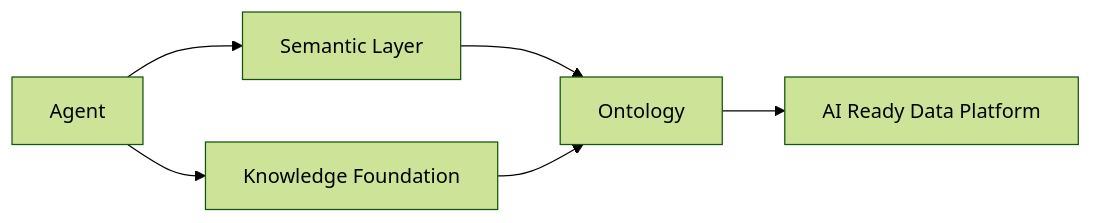
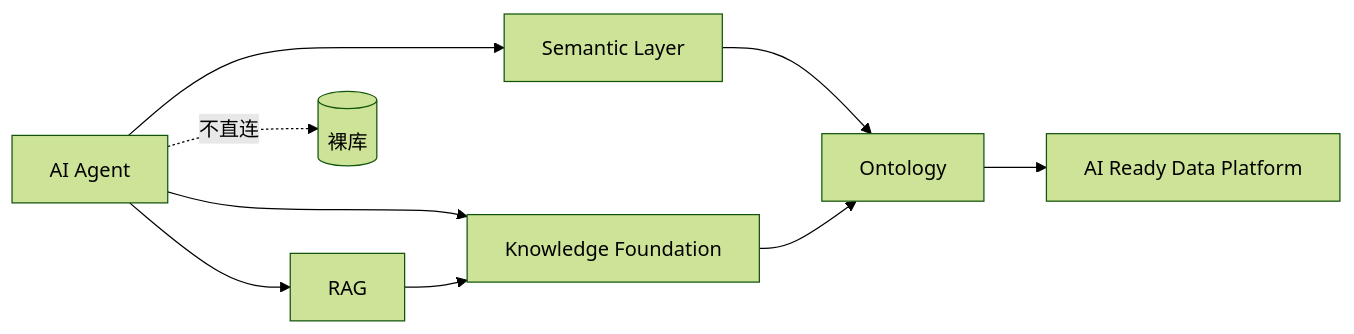
Before and after one commit to zhiweio/data-driven-ai-guide: the first of 3 diagrams in docs/agent/index.md, drawn with Mermaid (forest theme). The commit also changed other lines of this file and 18 other files, not shown here.

````diff
--- a/docs/agent/index.md
+++ b/docs/agent/index.md
@@ -24,8 +33,11 @@
 ```mermaid
 flowchart LR
-    Agent --> SL[Semantic Layer]
-    Agent --> KF[Knowledge Foundation]
+    AGT[AI Agent] --> SL[Semantic Layer]
+    AGT --> KF[Knowledge Foundation]
+    AGT --> RAG[RAG]
     SL --> Ont[Ontology]
     KF --> Ont
     Ont --> DP[AI Ready Data Platform]
+    RAG --> KF
+    AGT -.不直连.-> DB[(裸库)]
 ```
````
